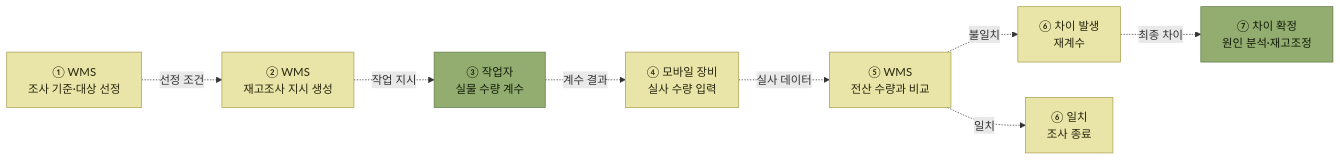
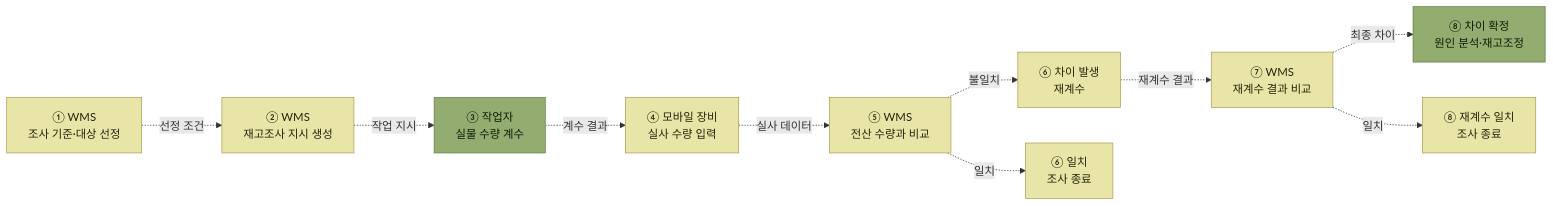
One commit to devholic22/logistics-backend-study changed the diagram in books/wms-원리와-이해/6-재고관리/5-재고조사.md. Above: the diagram before and after it, drawn with Mermaid. The commit also changed 2 other files, not shown here.

Commit message:
docs: address inventory review feedback

````diff
--- a/books/wms-원리와-이해/6-재고관리/5-재고조사.md
+++ b/books/wms-원리와-이해/6-재고관리/5-재고조사.md
@@ -134,24 +134,28 @@
 ```mermaid
 flowchart LR
     RULE["① WMS<br/>조사 기준·대상 선정"]
     ORDER["② WMS<br/>재고조사 지시 생성"]
     COUNT["③ 작업자<br/>실물 수량 계수"]
     INPUT["④ 모바일 장비<br/>실사 수량 입력"]
     COMPARE["⑤ WMS<br/>전산 수량과 비교"]
     RECOUNT["⑥ 차이 발생<br/>재계수"]
-    ADJUST["⑦ 차이 확정<br/>원인 분석·재고조정"]
-    CLOSE["⑥ 일치<br/>조사 종료"]
+    RECOMPARE["⑦ WMS<br/>재계수 결과 비교"]
+    ADJUST["⑧ 차이 확정<br/>원인 분석·재고조정"]
+    CLOSE1["⑥ 일치<br/>조사 종료"]
+    CLOSE2["⑧ 재계수 일치<br/>조사 종료"]
 
     RULE -. "선정 조건" .-> ORDER
     ORDER -. "작업 지시" .-> COUNT
     COUNT -. "계수 결과" .-> INPUT
     INPUT -. "실사 데이터" .-> COMPARE
     COMPARE -. "불일치" .-> RECOUNT
-    RECOUNT -. "최종 차이" .-> ADJUST
-    COMPARE -. "일치" .-> CLOSE
+    RECOUNT -. "재계수 결과" .-> RECOMPARE
+    RECOMPARE -. "최종 차이" .-> ADJUST
+    RECOMPARE -. "일치" .-> CLOSE2
+    COMPARE -. "일치" .-> CLOSE1
 
     classDef sys fill:#e9e5a8,stroke:#a99f4d,color:#26240c
     classDef core fill:#93ad70,stroke:#5f7a44,color:#121a08
-    class RULE,ORDER,INPUT,COMPARE,RECOUNT,CLOSE sys
+    class RULE,ORDER,INPUT,COMPARE,RECOUNT,RECOMPARE,CLOSE1,CLOSE2 sys
     class COUNT,ADJUST core
 ```
````
